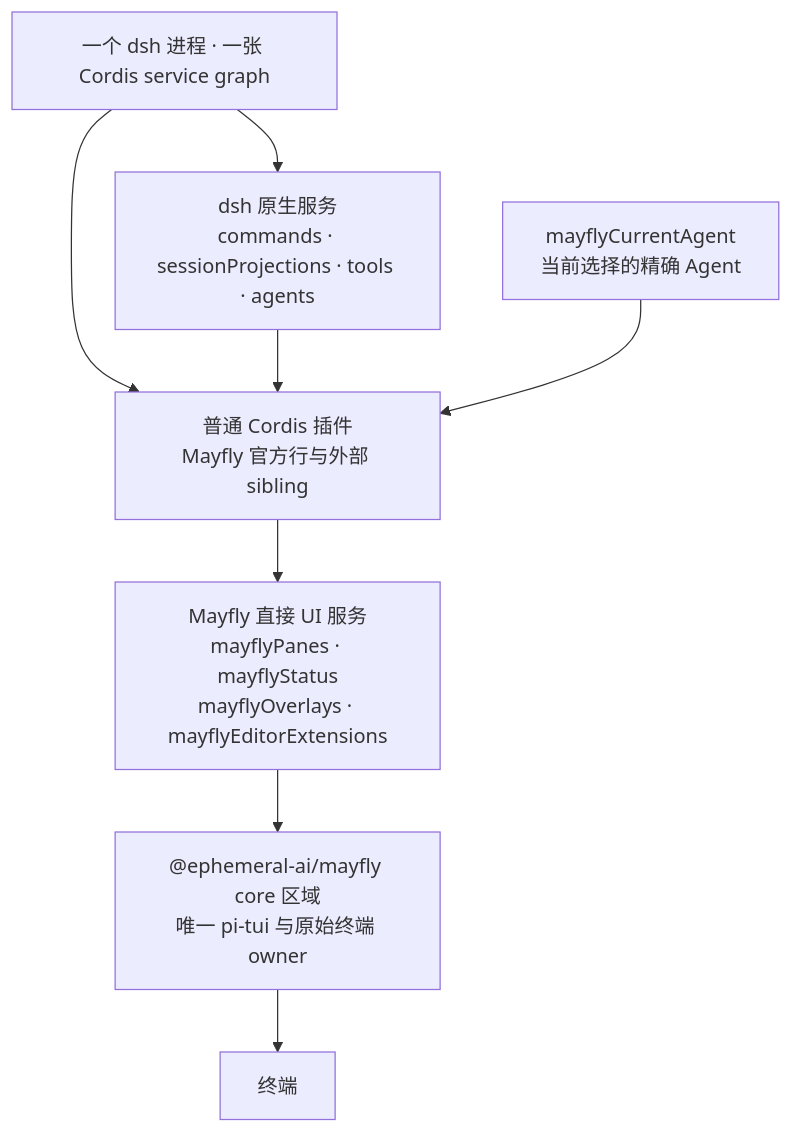
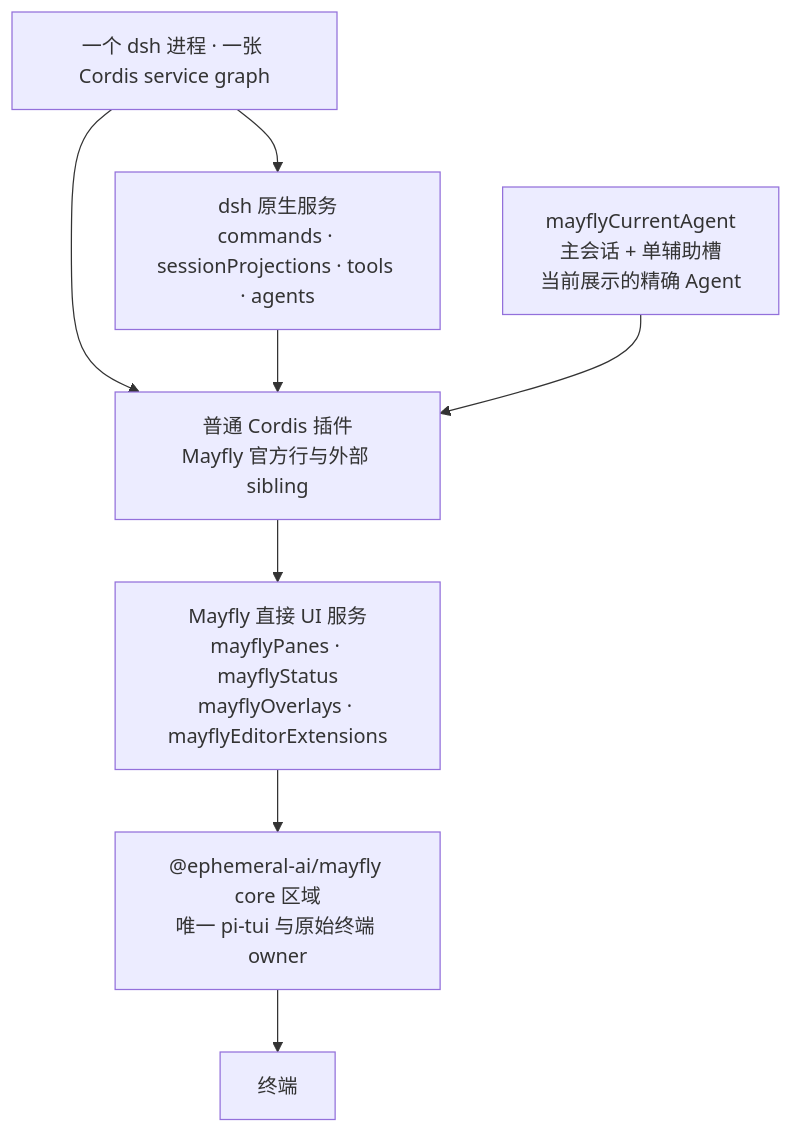
Before and after one commit to Ephemeral-AI-Lab/mayfly: the diagram in docs/diagrams/mayfly-layers.zh.mmd, drawn with Mermaid. The commit also changed 82 other files, not shown here.

```diff
--- a/docs/diagrams/mayfly-layers.zh.mmd
+++ b/docs/diagrams/mayfly-layers.zh.mmd
@@ -1,16 +1,16 @@
 flowchart TB
     ROOT["一个 dsh 进程 · 一张 Cordis service graph"]
     DSH["dsh 原生服务<br/>commands · sessionProjections · tools · agents"]
     PLUGIN["普通 Cordis 插件<br/>Mayfly 官方行与外部 sibling"]
-    AGENT["mayflyCurrentAgent<br/>当前选择的精确 Agent"]
+    AGENT["mayflyCurrentAgent<br/>主会话 + 单辅助槽<br/>当前展示的精确 Agent"]
     UI["Mayfly 直接 UI 服务<br/>mayflyPanes · mayflyStatus<br/>mayflyOverlays · mayflyEditorExtensions"]
     CORE["@ephemeral-ai/mayfly core 区域<br/>唯一 pi-tui 与原始终端 owner"]
     TERM["终端"]
 
     ROOT --> DSH
     ROOT --> PLUGIN
     DSH --> PLUGIN
     AGENT --> PLUGIN
     PLUGIN --> UI
     UI --> CORE
     CORE --> TERM
```
